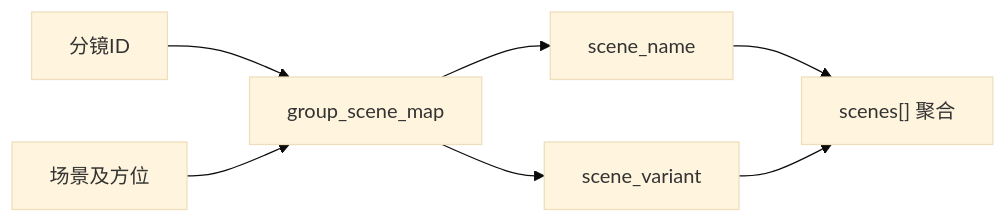
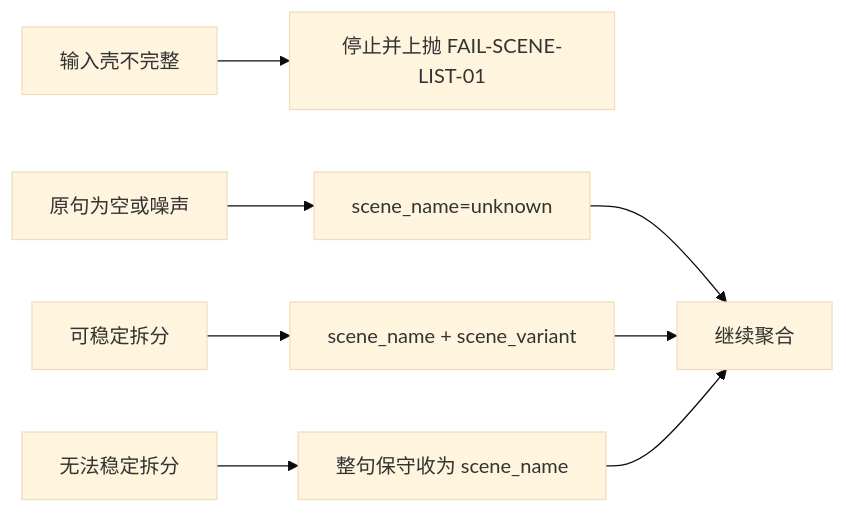
The second of 3 diagrams in .agents/skills/aigc/4-Design/1-场景/1-清单/SKILL.md (ZEN-VOID/AI-CUT), drawn with Mermaid (base theme) before and after one commit. The commit also changed other lines of this file and 182 other files, not shown here.

````diff
--- a/.agents/skills/aigc/4-Design/1-场景/1-清单/SKILL.md
+++ b/.agents/skills/aigc/4-Design/1-场景/1-清单/SKILL.md
@@ -60,9 +119,10 @@
 ```mermaid
 flowchart LR
-    A["分镜ID"] --> D["group_scene_map"]
-    B["场景及方位"] --> D
-    D --> E["scene_name"]
-    D --> F["scene_variant"]
-    E --> G["scenes[] 聚合"]
-    F --> G
+    A["输入壳不完整"] --> X["停止并上抛 FAIL-SCENE-LIST-01"]
+    B["原句为空或噪声"] --> C["scene_name=unknown"]
+    C --> F["继续聚合"]
+    D["可稳定拆分"] --> E["scene_name + scene_variant"]
+    E --> F
+    G["无法稳定拆分"] --> H["整句保守收为 scene_name"]
+    H --> F
 ```
````
